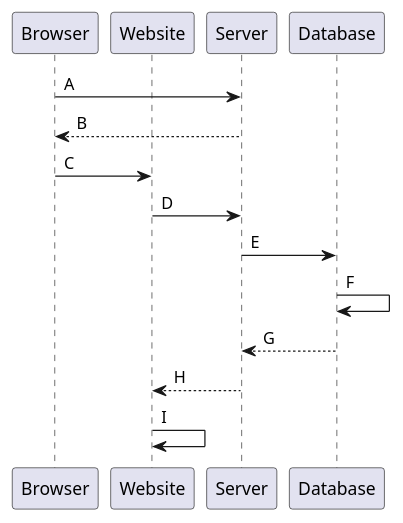
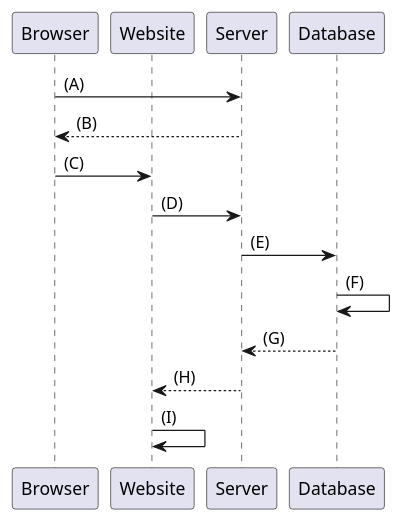
One commit to ST0507-ades/acad-exposure changed the diagram in README.md. Above: the diagram before and after it, drawn with PlantUML. The commit also changed 1 other file, not shown here.

````diff
--- a/README.md
+++ b/README.md
@@ -151,19 +151,19 @@
 ```plantuml
 @startuml
 
 participant  Browser
 participant  Website
 participant  Server
 participant  Database
 
-Browser -> Server: A
-Server --> Browser: B
-Browser -> Website: C
-Website -> Server: D
-Server -> Database: E
-Database -> Database: F
-Database --> Server: G
-Server --> Website: H
-Website -> Website: I
+Browser -> Server: (A)
+Server --> Browser: (B)
+Browser -> Website: (C)
+Website -> Server: (D)
+Server -> Database: (E)
+Database -> Database: (F)
+Database --> Server: (G)
+Server --> Website: (H)
+Website -> Website: (I)
 @enduml
 ```
````
